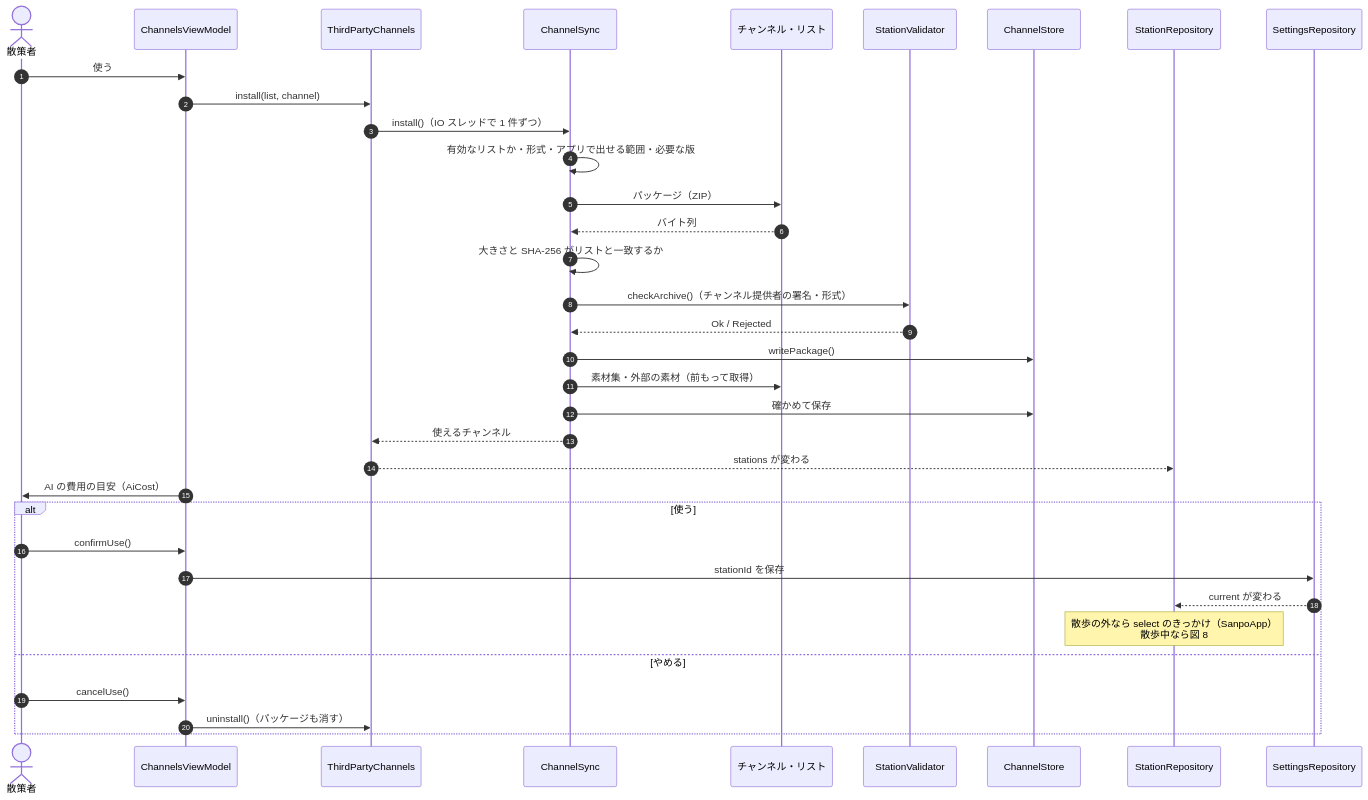
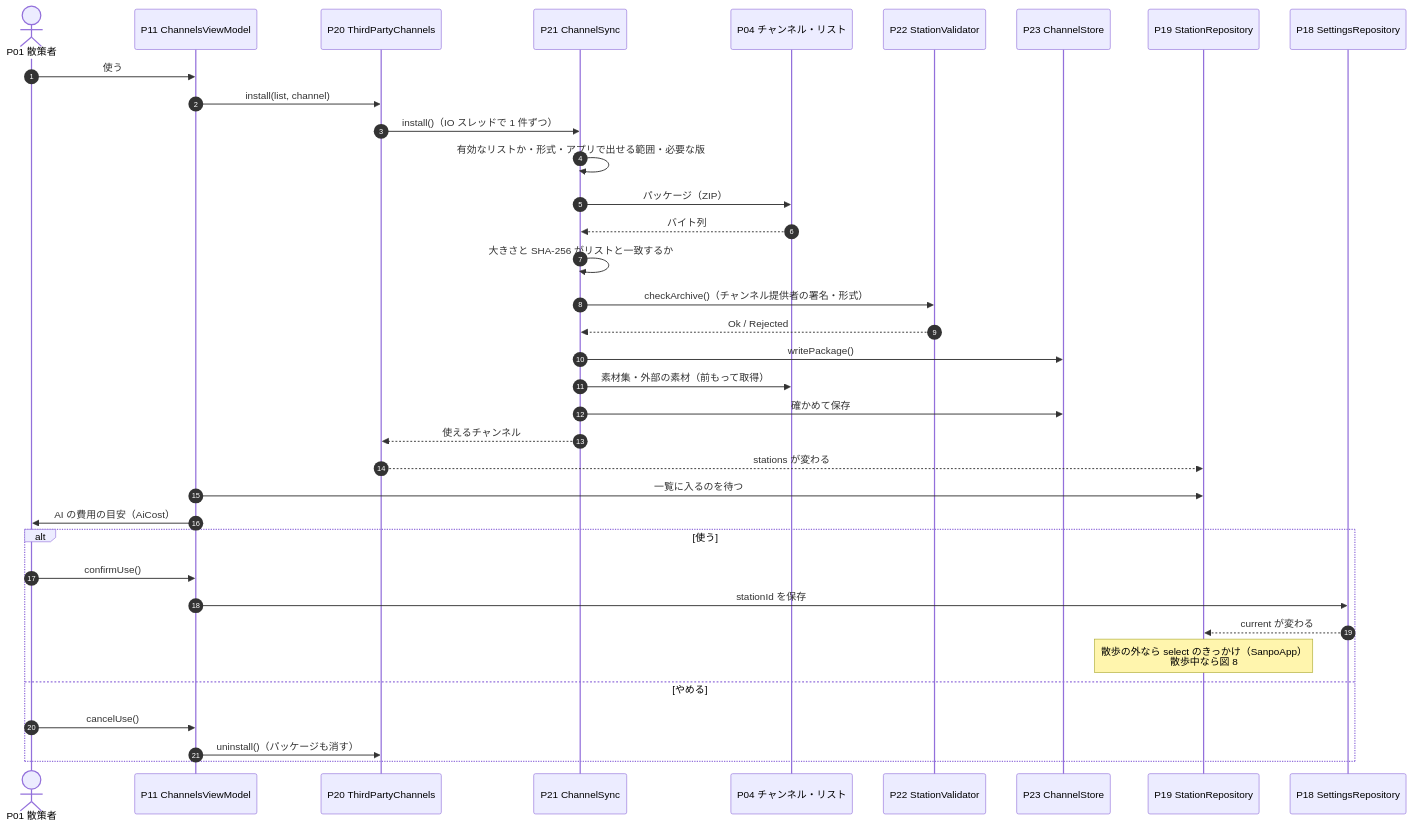
One commit to duwenji/yorisoi-sanpoguide changed the seventh of 9 diagrams in docs/sequences.md. Above: the diagram before and after it, drawn with Mermaid. The commit also changed other lines of this file, not shown here.

First line of the commit message:
docs: detail each step of the sequence diagrams

````diff
--- a/docs/sequences.md
+++ b/docs/sequences.md
@@ -285,38 +473,39 @@
 ```mermaid
 sequenceDiagram
   autonumber
-  actor W as 散策者
-  participant VM as ChannelsViewModel
-  participant TP as ThirdPartyChannels
-  participant Sync as ChannelSync
-  participant Prov as チャンネル・リスト
-  participant Val as StationValidator
-  participant Store as ChannelStore
-  participant Repo as StationRepository
-  participant Set as SettingsRepository
+  actor W as P01 散策者
+  participant VM as P11 ChannelsViewModel
+  participant TP as P20 ThirdPartyChannels
+  participant Sync as P21 ChannelSync
+  participant Prov as P04 チャンネル・リスト
+  participant Val as P22 StationValidator
+  participant Store as P23 ChannelStore
+  participant Repo as P19 StationRepository
+  participant Set as P18 SettingsRepository
 
   W->>VM: 使う
   VM->>TP: install(list, channel)
   TP->>Sync: install()（IO スレッドで 1 件ずつ）
   Sync->>Sync: 有効なリストか・形式・アプリで出せる範囲・必要な版
   Sync->>Prov: パッケージ（ZIP）
   Prov-->>Sync: バイト列
   Sync->>Sync: 大きさと SHA-256 がリストと一致するか
   Sync->>Val: checkArchive()（チャンネル提供者の署名・形式）
   Val-->>Sync: Ok / Rejected
   Sync->>Store: writePackage()
   Sync->>Prov: 素材集・外部の素材（前もって取得）
   Sync->>Store: 確かめて保存
   Sync-->>TP: 使えるチャンネル
   TP-->>Repo: stations が変わる
+  VM->>Repo: 一覧に入るのを待つ
   VM->>W: AI の費用の目安（AiCost）
   alt 使う
     W->>VM: confirmUse()
     VM->>Set: stationId を保存
     Set-->>Repo: current が変わる
     Note over Repo: 散歩の外なら select のきっかけ（SanpoApp）<br/>散歩中なら図 8
   else やめる
     W->>VM: cancelUse()
     VM->>TP: uninstall()（パッケージも消す）
   end
 ```
````
